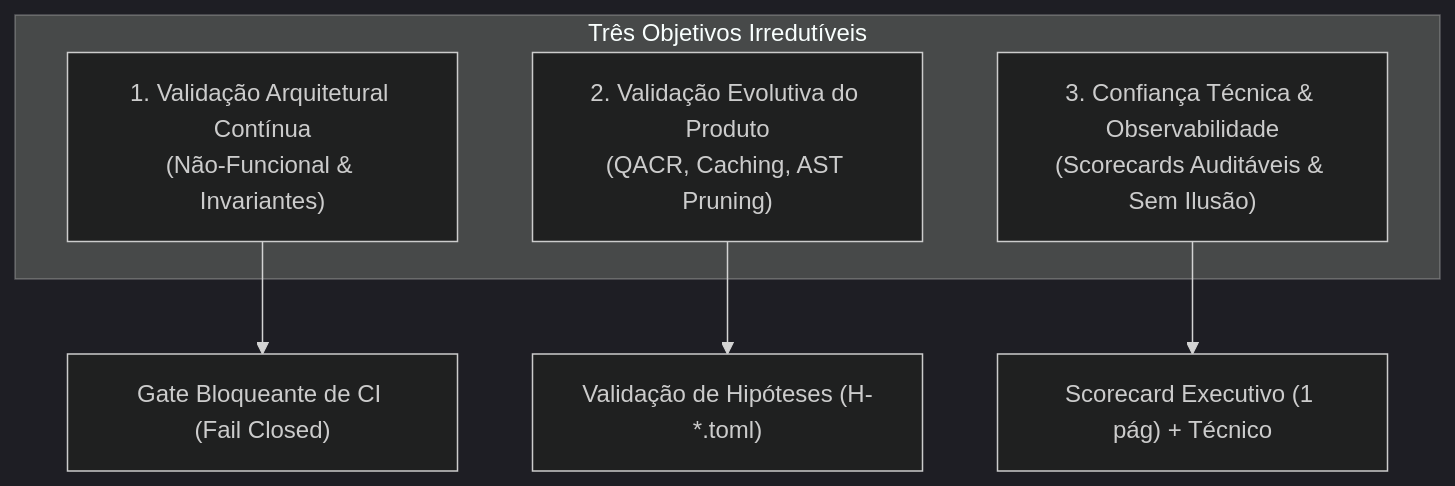
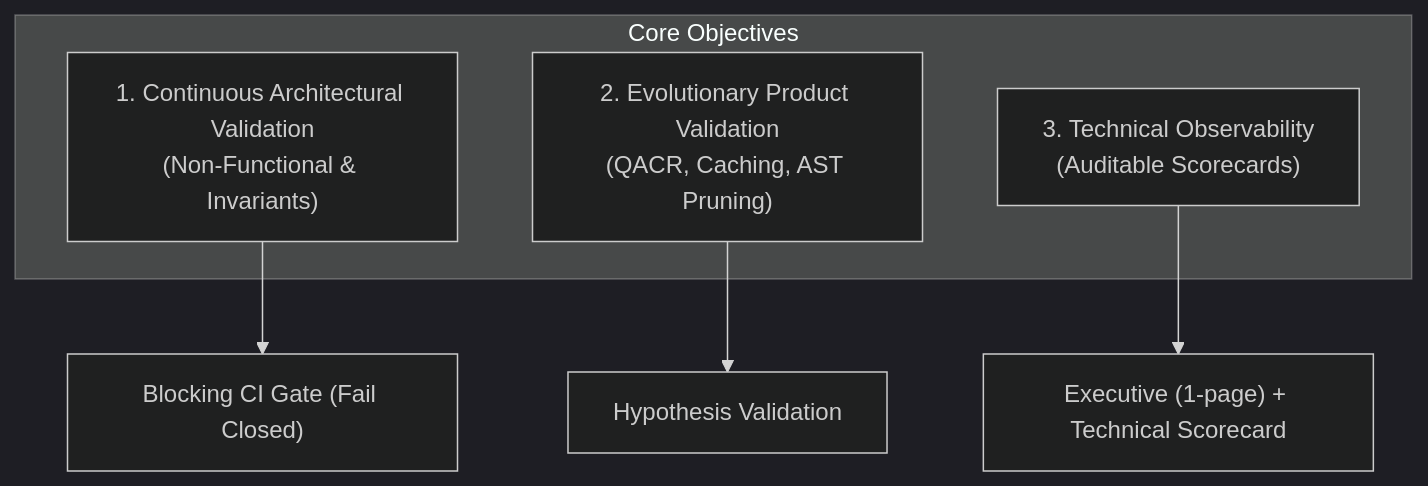
One commit to smota/meshloop changed the diagram in docs/engineering/benchmarking.md. Above: the diagram before and after it, drawn with Mermaid (dark theme). The commit also changed other lines of this file and 14 other files, not shown here.

````diff
--- a/docs/engineering/benchmarking.md
+++ b/docs/engineering/benchmarking.md
@@ -26,12 +22,12 @@
 ```mermaid
 flowchart TD
-    subgraph OBJETIVOS [Três Objetivos Irredutíveis]
-        Obj1["1. Validação Arquitetural Contínua<br/>(Não-Funcional & Invariantes)"]
-        Obj2["2. Validação Evolutiva do Produto<br/>(QACR, Caching, AST Pruning)"]
-        Obj3["3. Confiança Técnica & Observabilidade<br/>(Scorecards Auditáveis & Sem Ilusão)"]
+    subgraph OBJECTIVES [Core Objectives]
+        Obj1["1. Continuous Architectural Validation\n(Non-Functional & Invariants)"]
+        Obj2["2. Evolutionary Product Validation\n(QACR, Caching, AST Pruning)"]
+        Obj3["3. Technical Observability\n(Auditable Scorecards)"]
     end
 
-    Obj1 --> GatePR["Gate Bloqueante de CI (Fail Closed)"]
-    Obj2 --> Hypothesis["Validação de Hipóteses (H-*.toml)"]
-    Obj3 --> Scorecard["Scorecard Executivo (1 pág) + Técnico"]
+    Obj1 --> GatePR["Blocking CI Gate (Fail Closed)"]
+    Obj2 --> Hypothesis["Hypothesis Validation"]
+    Obj3 --> Scorecard["Executive (1-page) + Technical Scorecard"]
 ```
````
